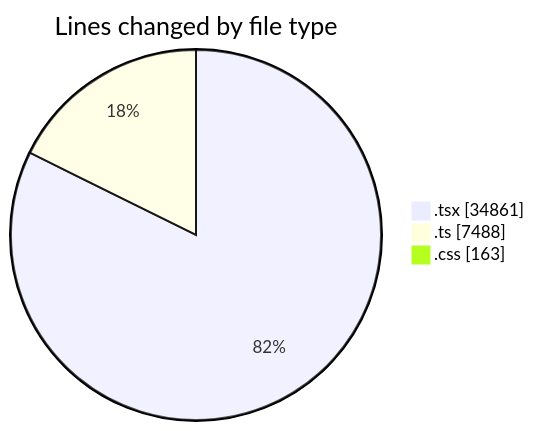
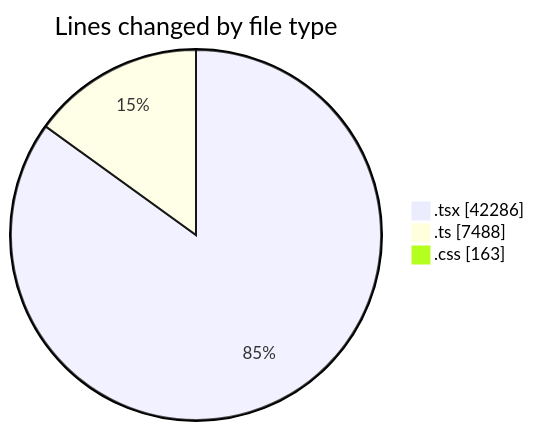
One commit to nxtqubesakshisongat/code-tracking changed the first of 2 diagrams in 2026-08-23/nxtqube_webapp/README.md. Above: the diagram before and after it, drawn with Mermaid. The commit also changed other lines of this file and 1 other file, not shown here.

````diff
--- a/2026-08-23/nxtqube_webapp/README.md
+++ b/2026-08-23/nxtqube_webapp/README.md
@@ -93,7 +108,7 @@
 ```mermaid
 pie showData
 title Lines changed by file type
-".tsx" : 34861
+".tsx" : 42286
 ".ts" : 7488
 ".css" : 163
 ```
````
